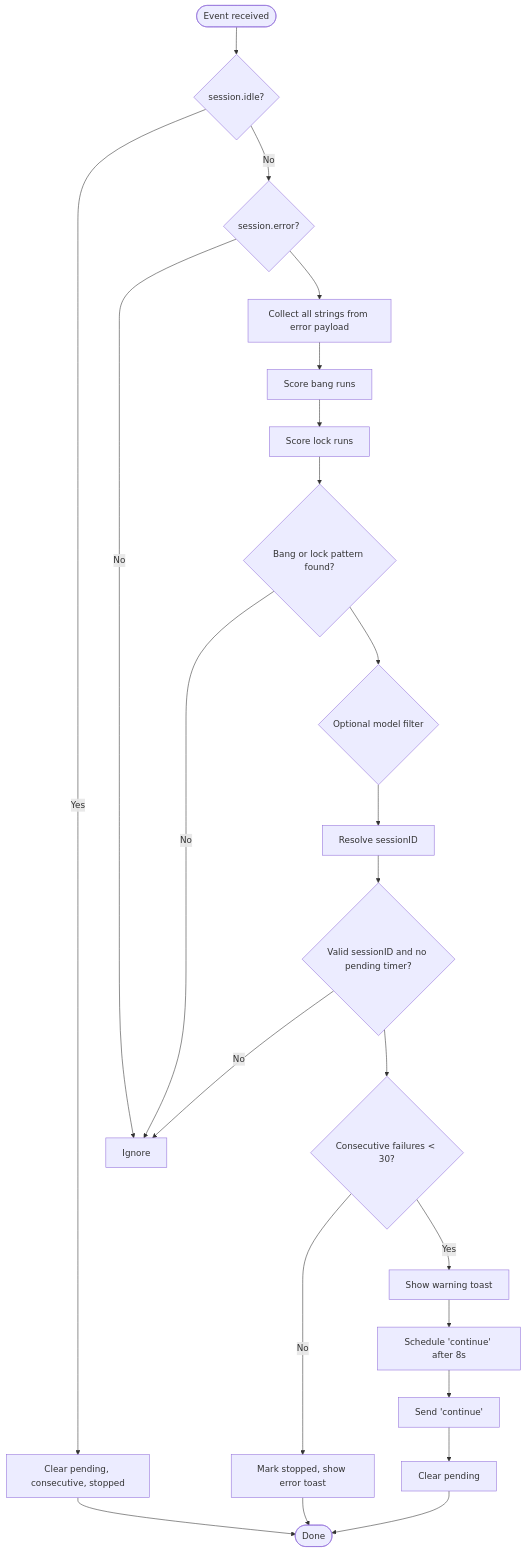
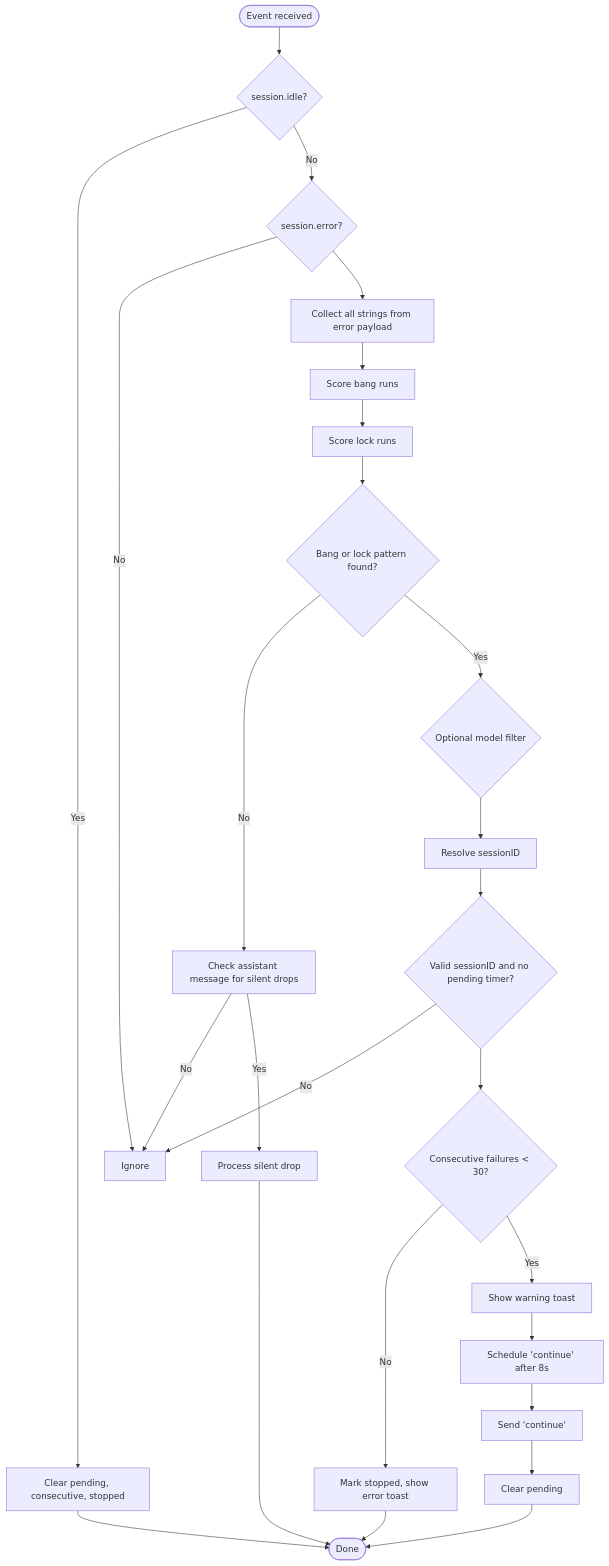
Before and after one commit to delirium-dj/modelcomp: the eighth of 12 diagrams in .qoder/repowiki/en/content/Architecture Overview/OpenCode Plugin Ecosystem.md, drawn with Mermaid. The commit also changed other lines of this file and 132 other files, not shown here.

````diff
--- a/.qoder/repowiki/en/content/Architecture Overview/OpenCode Plugin Ecosystem.md
+++ b/.qoder/repowiki/en/content/Architecture Overview/OpenCode Plugin Ecosystem.md
@@ -385,25 +446,28 @@
 ```mermaid
 flowchart TD
 Start(["Event received"]) --> Idle{"session.idle?"}
 Idle --> |Yes| Reset["Clear pending, consecutive, stopped"]
 Idle --> |No| IsError{"session.error?"}
 IsError --> |No| Exit["Ignore"]
 IsError --> Collect["Collect all strings from error payload"]
 Collect --> ScoreBang["Score bang runs"]
 ScoreBang --> ScoreLock["Score lock runs"]
 ScoreLock --> HasPattern{"Bang or lock pattern found?"}
-HasPattern --> |No| Exit
-HasPattern --> ModelFilter{"Optional model filter"}
+HasPattern --> |No| SilentCheck["Check assistant message for silent drops"]
+SilentCheck --> |No| Exit
+SilentCheck --> |Yes| ProcessSilent["Process silent drop"]
+HasPattern --> |Yes| ModelFilter{"Optional model filter"}
 ModelFilter --> SessionID["Resolve sessionID"]
 SessionID --> Valid{"Valid sessionID and no pending timer?"}
 Valid --> |No| Exit
 Valid --> Brake{"Consecutive failures < 30?"}
 Brake --> |No| StopBrake["Mark stopped, show error toast"]
 Brake --> |Yes| Toast["Show warning toast"]
 Toast --> Schedule["Schedule 'continue' after 8s"]
 Schedule --> Prompt["Send 'continue'"]
 Prompt --> Unlock["Clear pending"]
 Reset --> End(["Done"])
 StopBrake --> End
 Unlock --> End
+ProcessSilent --> End
 ```
````
